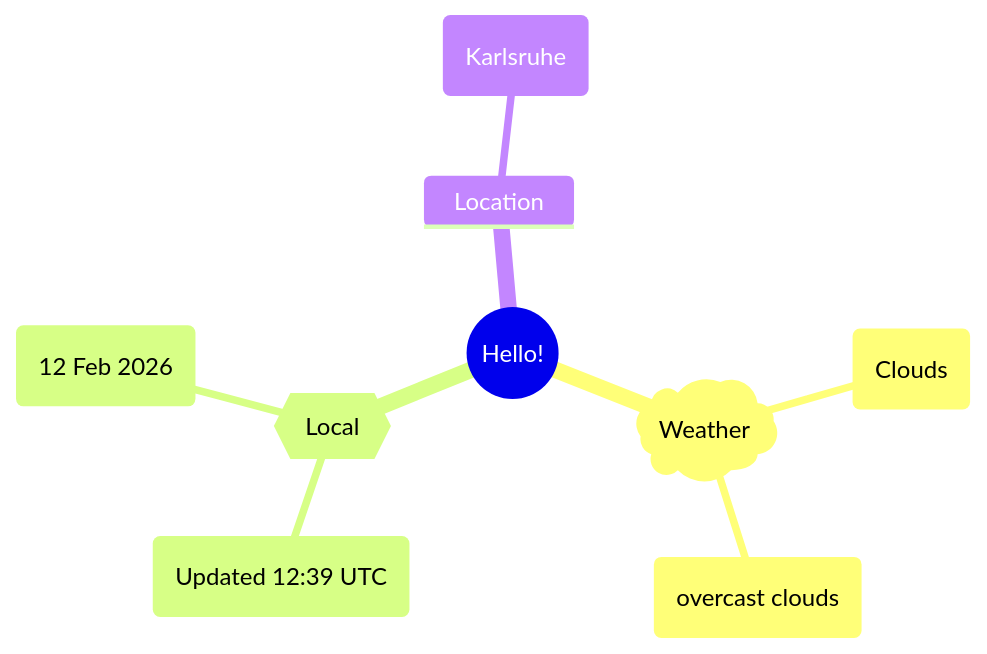
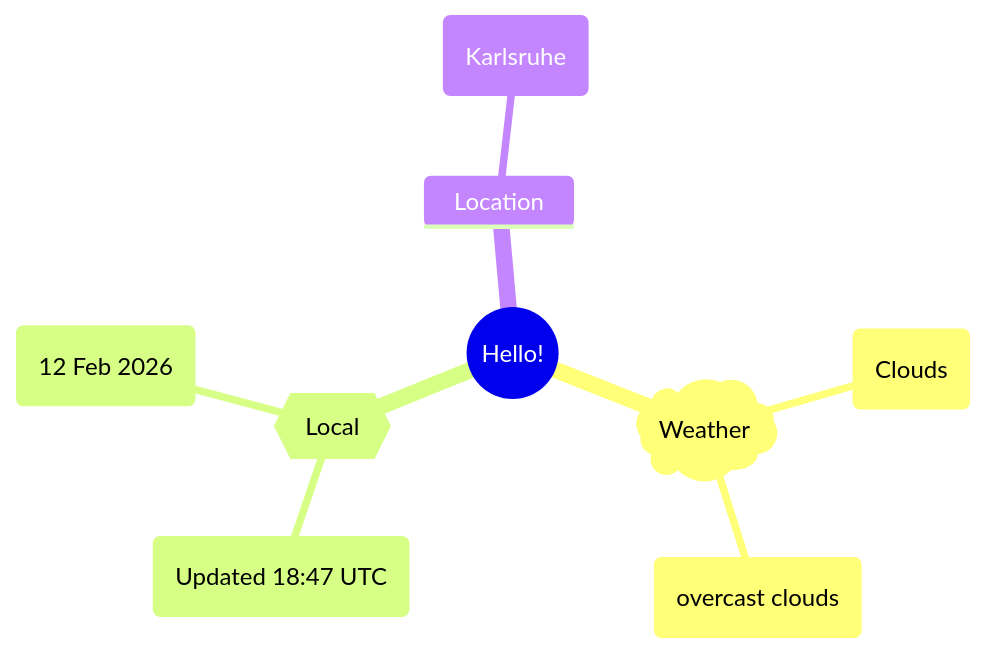
The first of 2 diagrams in README.md (Xosrov/Xosrov), drawn with Mermaid before and after one commit.

Commit message:
[bot] updated images

````diff
--- a/README.md
+++ b/README.md
@@ -3,12 +3,12 @@
 ```mermaid
 mindmap
   root((Hello!))
     )Weather(
         (Clouds)
         (overcast clouds)
     {{Local}}
-        (Updated 12:39 UTC)
+        (Updated 18:47 UTC)
         (12 Feb 2026)
     Location
         (Karlsruhe)
 ```
````
